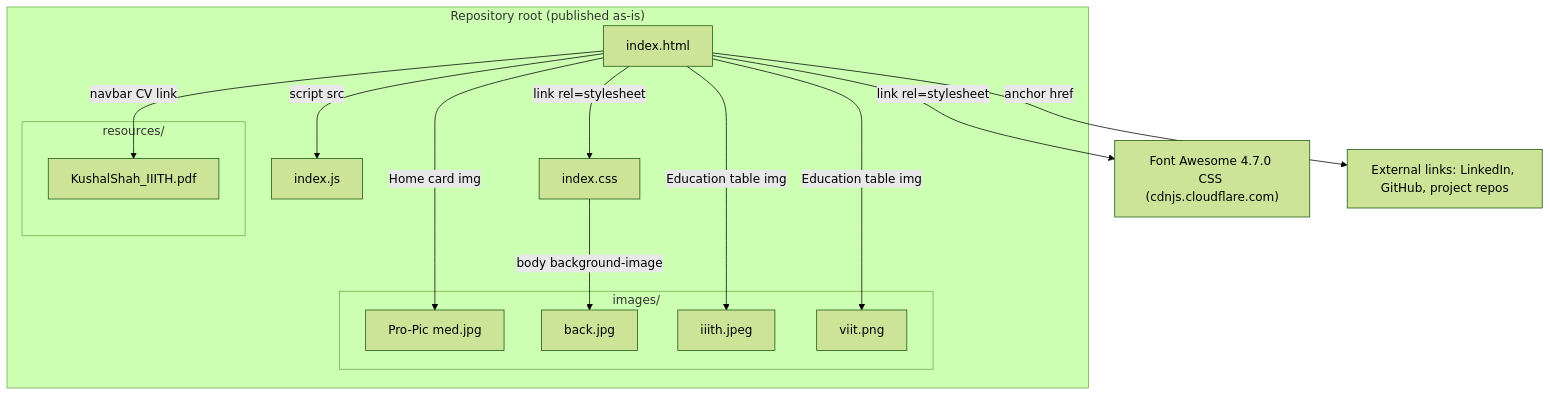
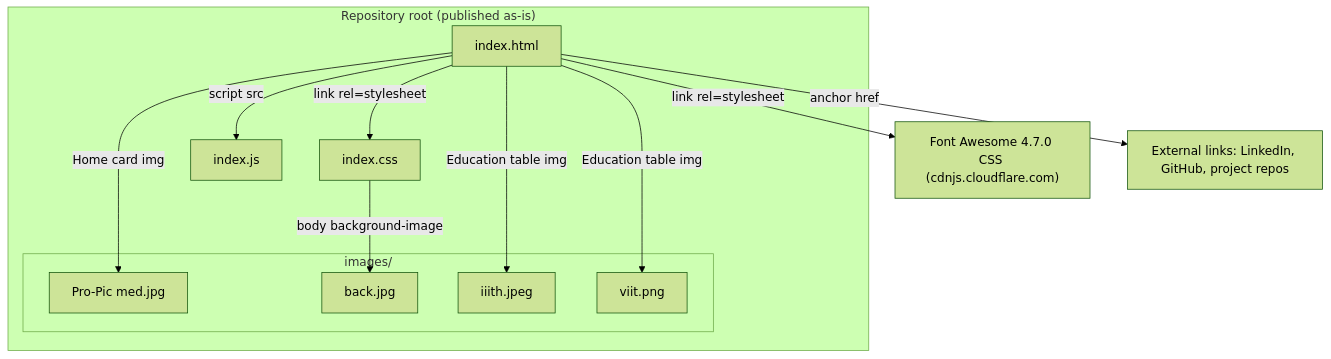
One commit to Kushal7788/Kushal7788.github.io changed the first of 6 diagrams in docs/ARCHITECTURE.md. Above: the diagram before and after it, drawn with Mermaid (forest theme). The commit also changed other lines of this file and 2 other files, not shown here.

Commit message:
chore: remove CV download and its navbar link

````diff
--- a/docs/ARCHITECTURE.md
+++ b/docs/ARCHITECTURE.md
@@ -9,29 +9,25 @@
 ```mermaid
 flowchart TD
     subgraph Repo["Repository root (published as-is)"]
         HTML["index.html"]
         CSS["index.css"]
         JS["index.js"]
         subgraph Images["images/"]
             PRO["Pro-Pic med.jpg"]
             BACK["back.jpg"]
             IIITH["iiith.jpeg"]
             VIIT["viit.png"]
         end
-        subgraph Resources["resources/"]
-            CV["KushalShah_IIITH.pdf"]
-        end
     end
     FA["Font Awesome 4.7.0 CSS (cdnjs.cloudflare.com)"]
     EXT["External links: LinkedIn, GitHub, project repos"]
 
     HTML -->|"link rel=stylesheet"| CSS
     HTML -->|"link rel=stylesheet"| FA
     HTML -->|"script src"| JS
     HTML -->|"Home card img"| PRO
     HTML -->|"Education table img"| IIITH
     HTML -->|"Education table img"| VIIT
-    HTML -->|"navbar CV link"| CV
     HTML -->|"anchor href"| EXT
     CSS -->|"body background-image"| BACK
 ```
````
